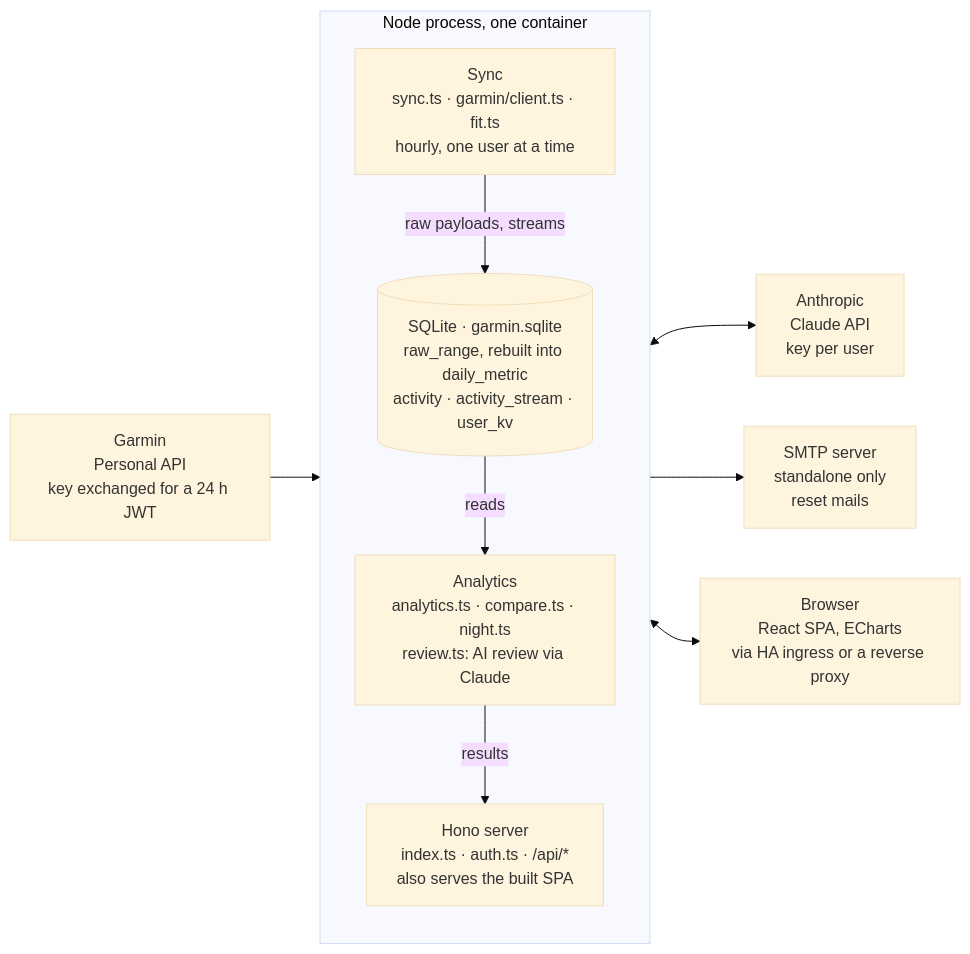
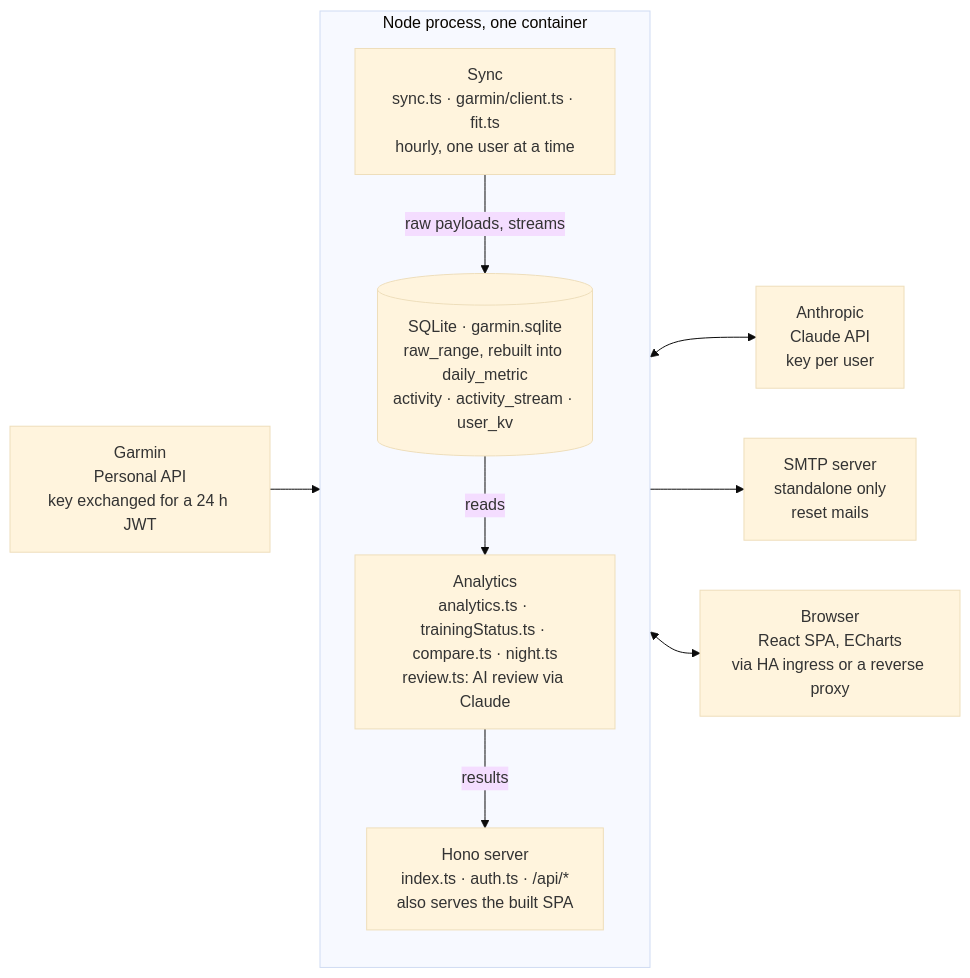
One commit to BenjenJones/peakform changed the diagram in docs/ARCHITECTURE.md. Above: the diagram before and after it, drawn with Mermaid (base theme). The commit also changed other lines of this file and 14 other files, not shown here.

First line of the commit message:
Release 0.18.0: training status

````diff
--- a/docs/ARCHITECTURE.md
+++ b/docs/ARCHITECTURE.md
@@ -27,23 +27,23 @@
 ```mermaid
 flowchart LR
   garmin["Garmin<br/>Personal API<br/>key exchanged for a 24 h JWT"]
   anthropic["Anthropic<br/>Claude API<br/>key per user"]
   smtp["SMTP server<br/>standalone only<br/>reset mails"]
   browser["Browser<br/>React SPA, ECharts<br/>via HA ingress or a reverse proxy"]
 
   subgraph node ["Node process, one container"]
     direction TB
     sync["Sync<br/>sync.ts · garmin/client.ts · fit.ts<br/>hourly, one user at a time"]
     db[("SQLite · garmin.sqlite<br/>raw_range, rebuilt into daily_metric<br/>activity · activity_stream · user_kv")]
-    ana["Analytics<br/>analytics.ts · compare.ts · night.ts<br/>review.ts: AI review via Claude"]
+    ana["Analytics<br/>analytics.ts · trainingStatus.ts · compare.ts · night.ts<br/>review.ts: AI review via Claude"]
     api["Hono server<br/>index.ts · auth.ts · /api/*<br/>also serves the built SPA"]
     sync -->|raw payloads, streams| db
     db -->|reads| ana
     ana -->|results| api
   end
 
   garmin --> sync
   ana <--> anthropic
   api --> smtp
   api <--> browser
 ```
````
